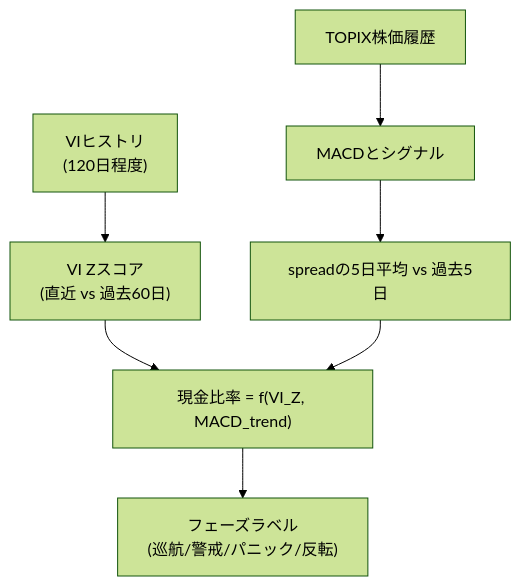
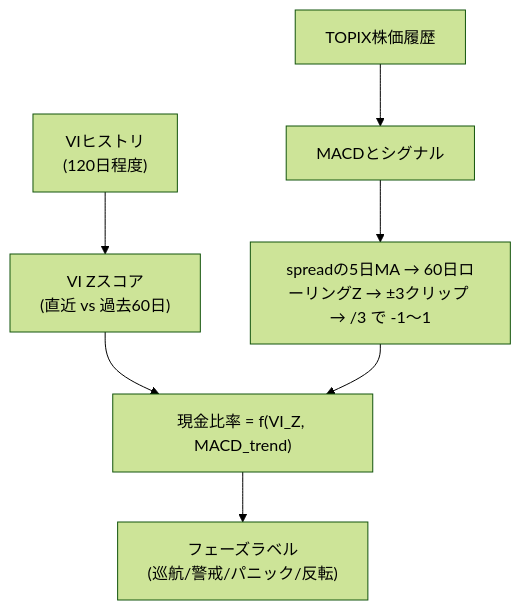
Before and after one commit to kosei-doi/stock_v7: the fourth of 9 diagrams in docs/SYSTEM_OVERVIEW.md, drawn with Mermaid (forest theme). The commit also changed 40 other files, not shown here.

````diff
--- a/docs/SYSTEM_OVERVIEW.md
+++ b/docs/SYSTEM_OVERVIEW.md
@@ -185,10 +185,10 @@
 ```mermaid
 flowchart TD
   viHist["VIヒストリ\n(120日程度)"] --> viZ["VI Zスコア\n(直近 vs 過去60日)"]
   benchDf["TOPIX株価履歴"] --> macd["MACDとシグナル"]
-  macd --> macdTrend["spreadの5日平均 vs 過去5日"]
+  macd --> macdTrend["spreadの5日MA → 60日ローリングZ → ±3クリップ → /3 で -1〜1"]
 
   viZ --> cash["現金比率 = f(VI_Z, MACD_trend)"]
   macdTrend --> cash
   cash --> phase["フェーズラベル\n(巡航/警戒/パニック/反転)"]
 ```
````
